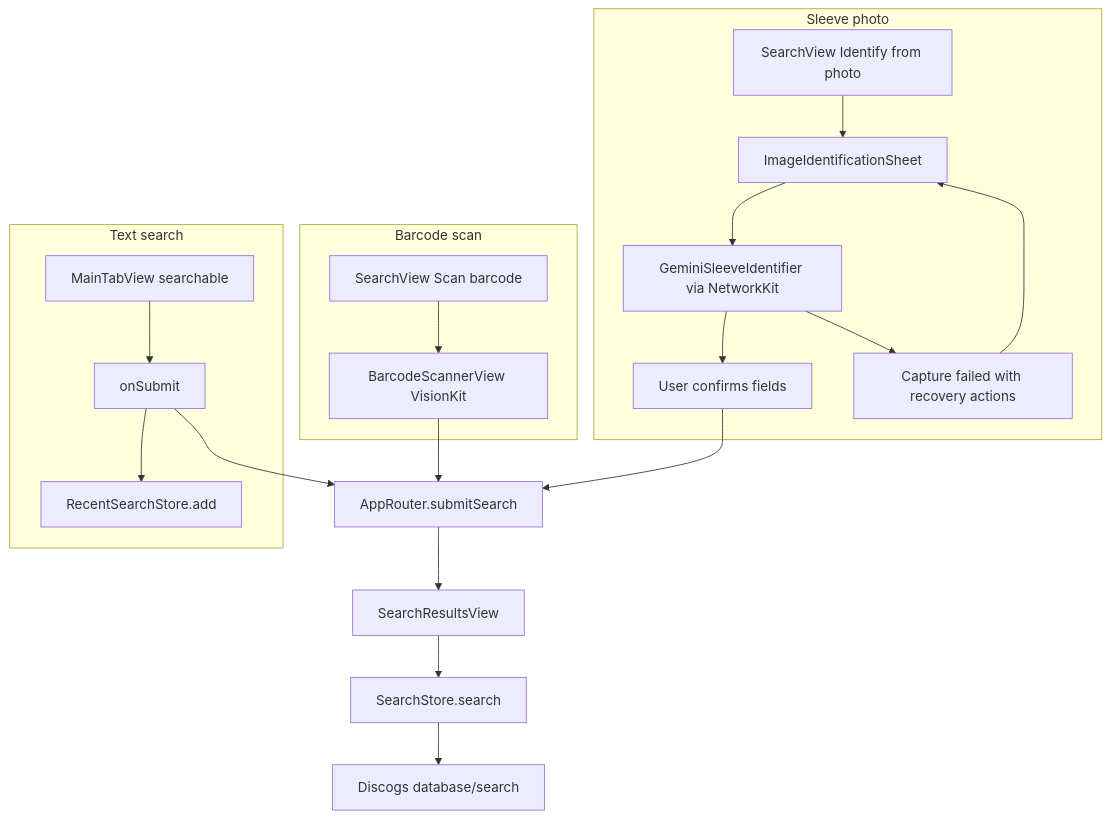
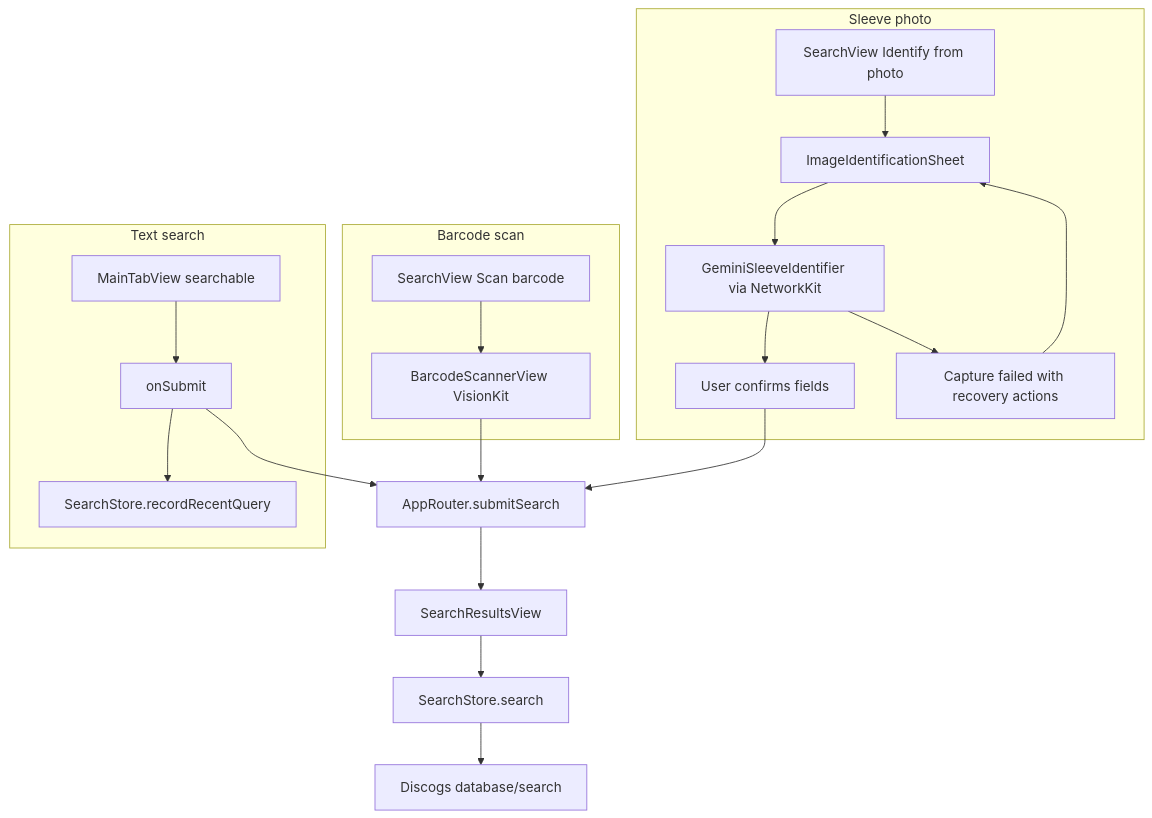
One commit to DamienThomp/discoscan-app changed the diagram in docs/release-search.md. Above: the diagram before and after it, drawn with Mermaid. The commit also changed other lines of this file and 17 other files, not shown here.

Commit message:
refactor: search and recent search store

````diff
--- a/docs/release-search.md
+++ b/docs/release-search.md
@@ -7,39 +7,39 @@
 ```mermaid
 flowchart TB
     subgraph textPath [Text search]
         tabField[MainTabView searchable]
         submit[onSubmit]
-        recents[RecentSearchStore.add]
+        recents[SearchStore.recordRecentQuery]
         tabField --> submit --> recents
     end
 
     subgraph barcodePath [Barcode scan]
         scanBtn[SearchView Scan barcode]
         scanner[BarcodeScannerView VisionKit]
         scanBtn --> scanner
     end
 
     subgraph photoPath [Sleeve photo]
         photoBtn[SearchView Identify from photo]
         sheet[ImageIdentificationSheet]
         gemini[GeminiSleeveIdentifier via NetworkKit]
         confirm[User confirms fields]
         failed[Capture failed with recovery actions]
         photoBtn --> sheet --> gemini
         gemini --> confirm
         gemini --> failed
         failed --> sheet
     end
 
     router[AppRouter.submitSearch]
     results[SearchResultsView]
     store[SearchStore.search]
     discogs[Discogs database/search]
 
     submit --> router
     scanner --> router
     confirm --> router
     router --> results
     results --> store
     store --> discogs
 ```
````
